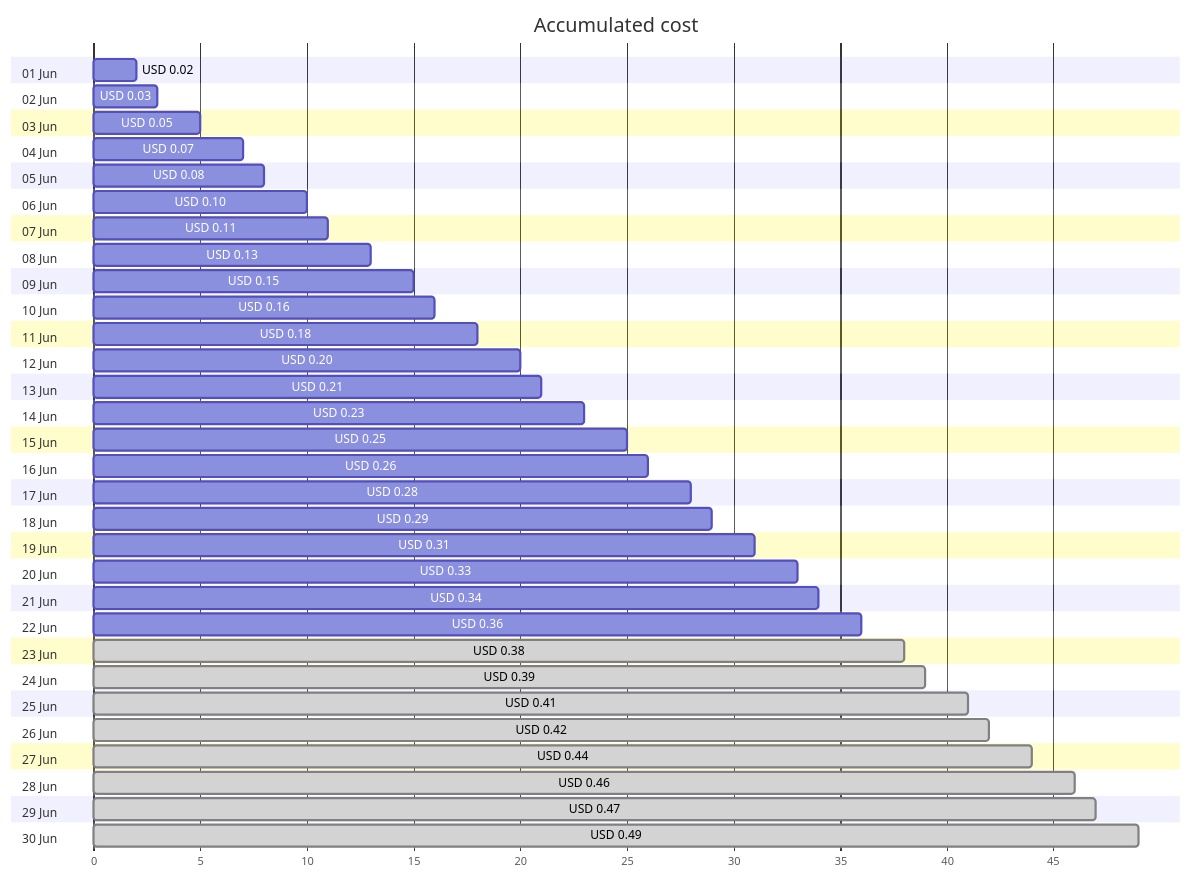
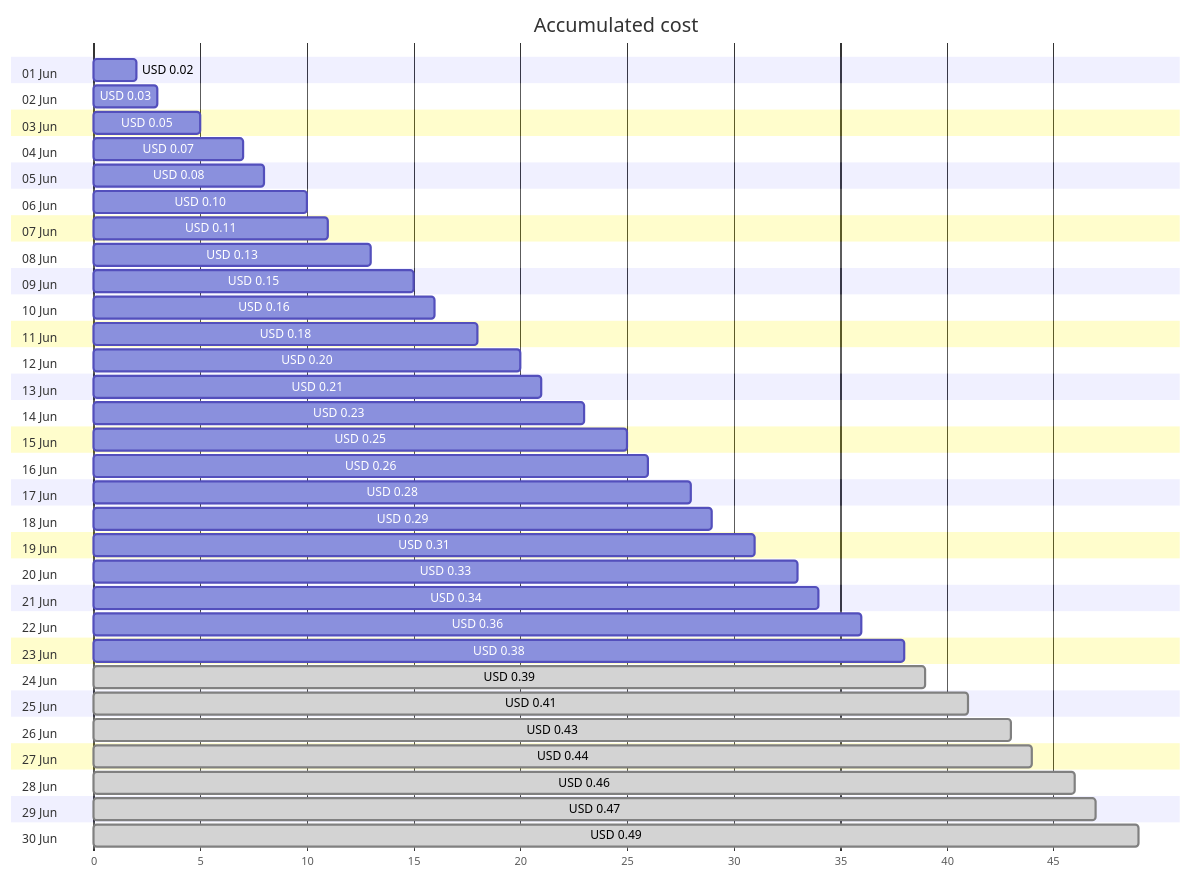
One commit to jpfulton/azure-personal-reports changed the first of 4 diagrams in cost-reports/personal-dns/jpatrickfulton.com.md. Above: the diagram before and after it, drawn with Mermaid. The commit also changed other lines of this file and 2 other files, not shown here.

````diff
--- a/cost-reports/personal-dns/jpatrickfulton.com.md
+++ b/cost-reports/personal-dns/jpatrickfulton.com.md
@@ -20,66 +20,66 @@
 ```mermaid
 gantt
    title Accumulated cost
    dateFormat  X
    axisFormat %s
    section 01 Jun
    USD 0.02 :0, 2
    section 02 Jun
    USD 0.03 :0, 3
    section 03 Jun
    USD 0.05 :0, 5
    section 04 Jun
    USD 0.07 :0, 7
    section 05 Jun
    USD 0.08 :0, 8
    section 06 Jun
    USD 0.10 :0, 10
    section 07 Jun
    USD 0.11 :0, 11
    section 08 Jun
    USD 0.13 :0, 13
    section 09 Jun
    USD 0.15 :0, 15
    section 10 Jun
    USD 0.16 :0, 16
    section 11 Jun
    USD 0.18 :0, 18
    section 12 Jun
    USD 0.20 :0, 20
    section 13 Jun
    USD 0.21 :0, 21
    section 14 Jun
    USD 0.23 :0, 23
    section 15 Jun
    USD 0.25 :0, 25
    section 16 Jun
    USD 0.26 :0, 26
    section 17 Jun
    USD 0.28 :0, 28
    section 18 Jun
    USD 0.29 :0, 29
    section 19 Jun
    USD 0.31 :0, 31
    section 20 Jun
    USD 0.33 :0, 33
    section 21 Jun
    USD 0.34 :0, 34
    section 22 Jun
    USD 0.36 :0, 36
    section 23 Jun
-   USD 0.38 : done, 0, 38
+   USD 0.38 :0, 38
    section 24 Jun
    USD 0.39 : done, 0, 39
    section 25 Jun
    USD 0.41 : done, 0, 41
    section 26 Jun
-   USD 0.42 : done, 0, 42
+   USD 0.43 : done, 0, 43
    section 27 Jun
    USD 0.44 : done, 0, 44
    section 28 Jun
    USD 0.46 : done, 0, 46
    section 29 Jun
    USD 0.47 : done, 0, 47
    section 30 Jun
    USD 0.49 : done, 0, 49
 ```
````
